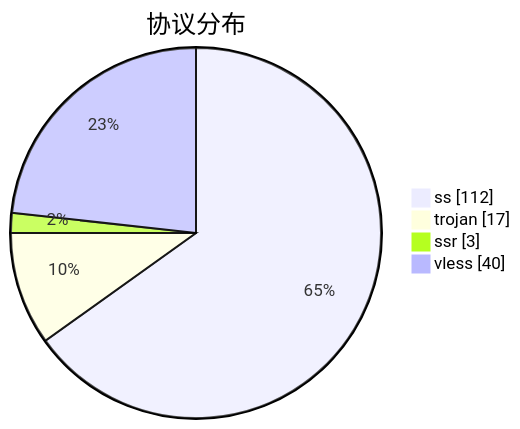
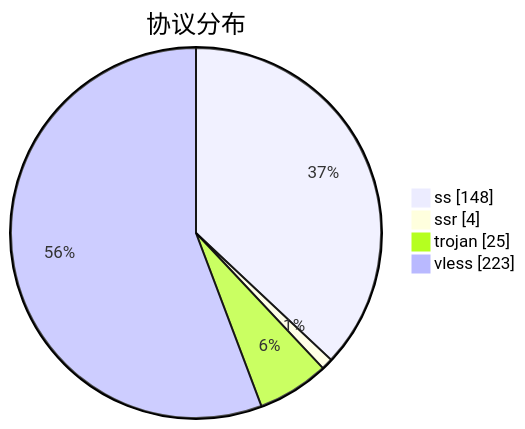
One commit to qjlxg/airport changed the third of 3 diagrams in subs/statistics/tested_within.md. Above: the diagram before and after it, drawn with Mermaid. The commit also changed other lines of this file and 2 other files, not shown here.

````diff
--- a/subs/statistics/tested_within.md
+++ b/subs/statistics/tested_within.md
@@ -29,8 +36,8 @@
 ```mermaid
 pie showData
 title 协议分布
-"ss" : 112
-"trojan" : 17
-"ssr" : 3
-"vless" : 40
+"ss" : 148
+"ssr" : 4
+"trojan" : 25
+"vless" : 223
 ```
````
